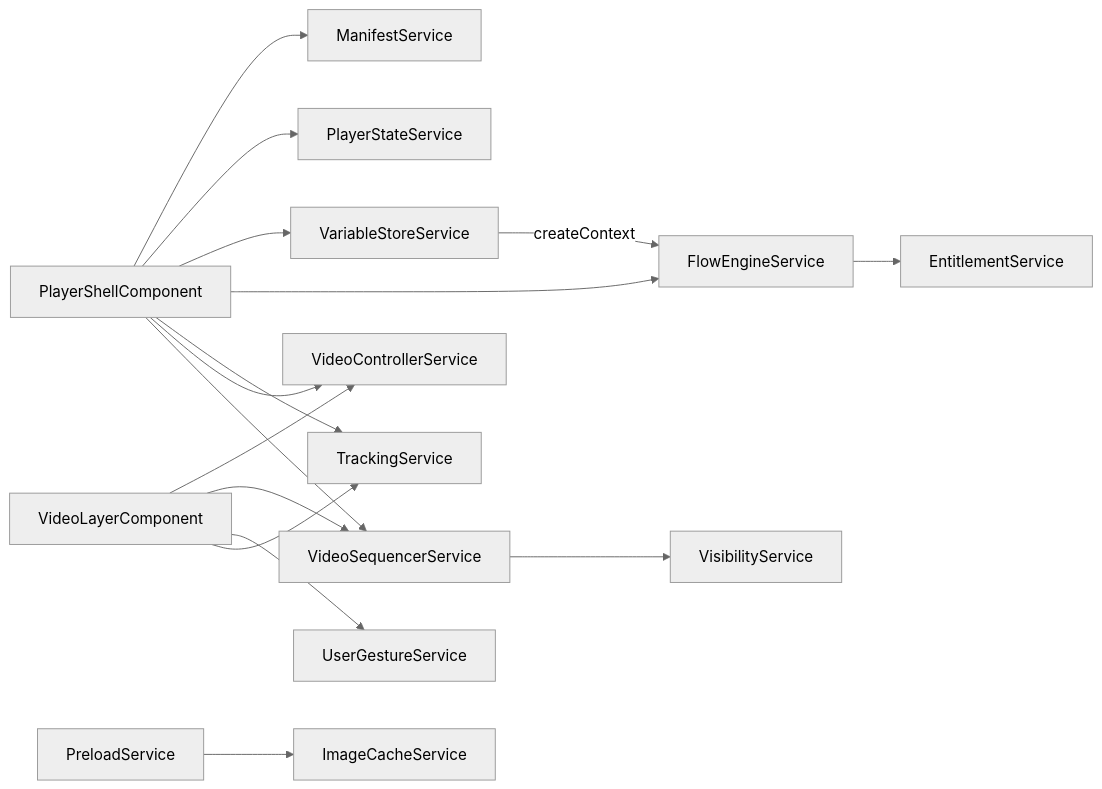
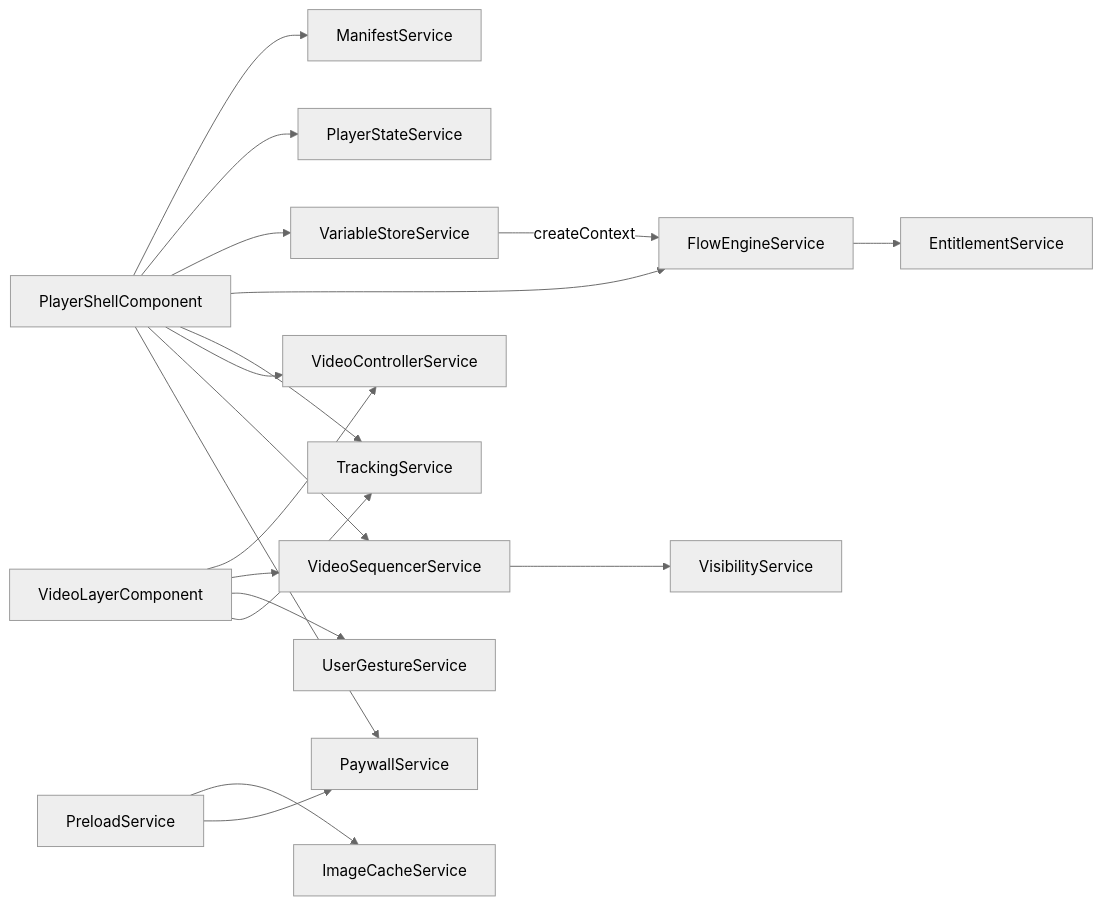
One commit to peoplegraphics/documentationai-Docs changed the diagram in player/services.mdx. Above: the diagram before and after it, drawn with Mermaid (neutral theme). The commit also changed other lines of this file and 28 other files, not shown here.

````diff
--- a/player/services.mdx
+++ b/player/services.mdx
@@ -172,18 +196,20 @@
 ```mermaid
 graph LR
     SHELL[PlayerShellComponent] --> MS[ManifestService]
     SHELL --> PS[PlayerStateService]
     SHELL --> VS[VariableStoreService]
     SHELL --> FE[FlowEngineService]
     SHELL --> TR[TrackingService]
     SHELL --> VC[VideoControllerService]
     SHELL --> SEQ[VideoSequencerService]
     FE --> ENT[EntitlementService]
     VS -->|createContext| FE
     SEQ --> VIS[VisibilityService]
     VL[VideoLayerComponent] --> VC
     VL --> SEQ
     VL --> UG[UserGestureService]
     VL --> TR
     PRE[PreloadService] --> IC[ImageCacheService]
+    SHELL --> PW[PaywallService]
+    PRE --> PW
 ```
````
